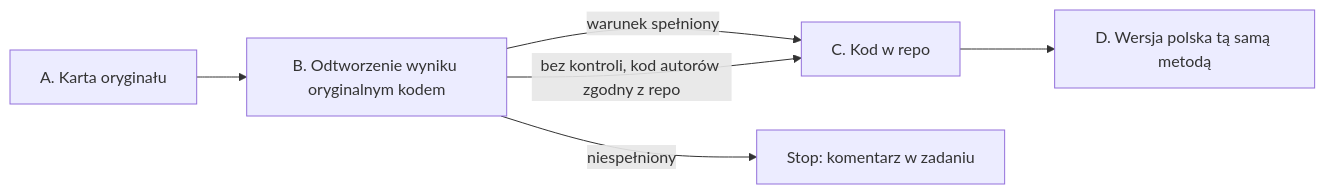
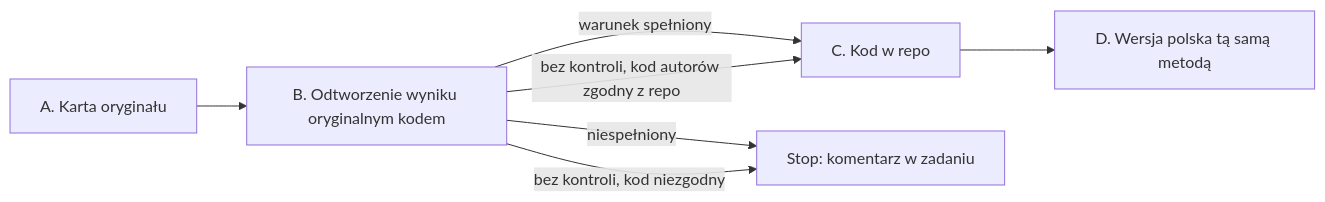
Before and after one commit to slayerlabs/benchmarks-fabryka-ai: the diagram in research/METODOLOGIA.md, drawn with Mermaid. The commit also changed other lines of this file, not shown here.

Commit message:
METODOLOGIA: niezgodny kod przy „bez kontroli” zatrzymuje pracę

````diff
--- a/research/METODOLOGIA.md
+++ b/research/METODOLOGIA.md
@@ -22,8 +22,9 @@
 ```mermaid
 flowchart LR
   A[A. Karta oryginału] --> B[B. Odtworzenie wyniku oryginalnym kodem]
   B -->|warunek spełniony| C[C. Kod w repo]
   B -->|niespełniony| X[Stop: komentarz w zadaniu]
   B -->|bez kontroli, kod autorów zgodny z repo| C
+  B -->|bez kontroli, kod niezgodny| X
   C --> D[D. Wersja polska tą samą metodą]
 ```
````
